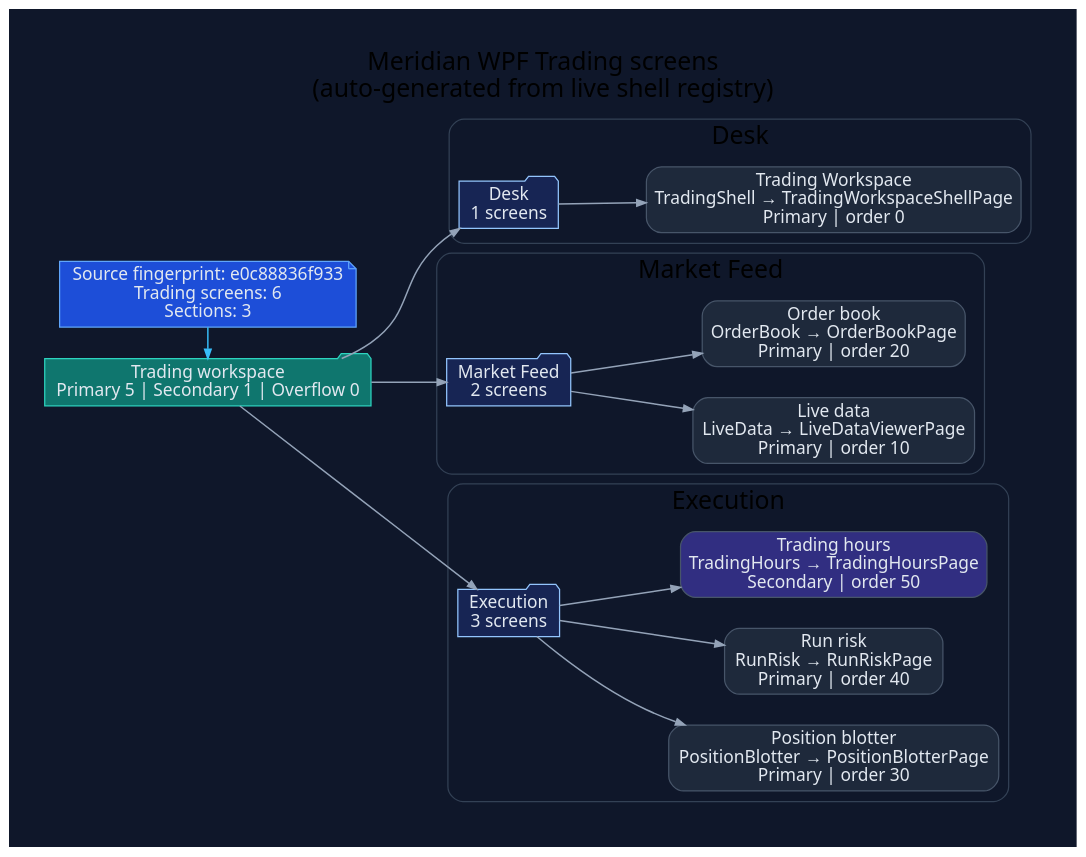
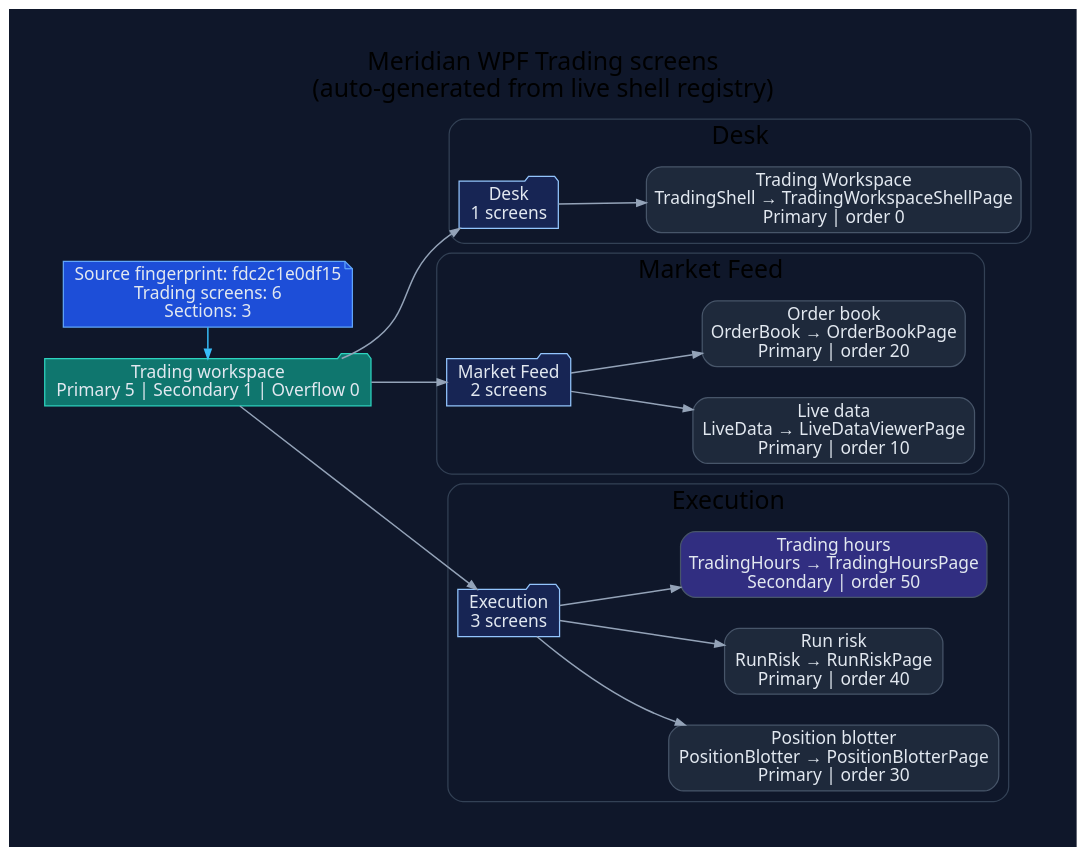
Before and after one commit to rodoHasArrived/Meridian-main: the diagram in docs/diagrams/ui-wpf-screens-trading.dot, drawn with Graphviz. The commit also changed 187 other files, not shown here.

```diff
--- a/docs/diagrams/ui-wpf-screens-trading.dot
+++ b/docs/diagrams/ui-wpf-screens-trading.dot
@@ -1,62 +1,62 @@
 // -----------------------------------------------------------------------------
 // <auto-generated>
 // Generated by scripts/generate-diagrams.mjs.
 // Do not edit this file directly; update the WPF source files instead.
 // -----------------------------------------------------------------------------
 digraph WpfTradingScreens {
   graph [
     rankdir=LR,
     labelloc=t,
     label="Meridian WPF Trading screens\n(auto-generated from live shell registry)",
     fontname="Segoe UI",
     fontsize=20,
     pad=0.4,
     nodesep=0.35,
     ranksep=0.85,
     bgcolor="#0f172a"
   ];
   node [fontname="Segoe UI", shape=box, style="rounded,filled", color="#475569", fontcolor="#e2e8f0", fillcolor="#1e293b"];
   edge [fontname="Segoe UI", color="#94a3b8", penwidth=1.2, arrowsize=0.75];
 
-  generated [shape=note, fillcolor="#1d4ed8", color="#60a5fa", label="Source fingerprint: e0c88836f933\nTrading screens: 6\nSections: 3"];
+  generated [shape=note, fillcolor="#1d4ed8", color="#60a5fa", label="Source fingerprint: fdc2c1e0df15\nTrading screens: 6\nSections: 3"];
   workspace [shape=folder, fillcolor="#0f766e", color="#2dd4bf", label="Trading workspace\nPrimary 5 | Secondary 1 | Overflow 0"];
   generated -> workspace [color="#38bdf8"];
 
   subgraph cluster_section_1 {
     label="Desk";
     color="#334155";
     style="rounded";
     section_1 [shape=folder, fillcolor="#172554", color="#93c5fd", label="Desk\n1 screens"];
     workspace -> section_1;
     screen_TradingShell [fillcolor="#1e293b", label="Trading Workspace\nTradingShell → TradingWorkspaceShellPage\nPrimary | order 0"];
     section_1 -> screen_TradingShell;
   }
 
   subgraph cluster_section_2 {
     label="Market Feed";
     color="#334155";
     style="rounded";
     section_2 [shape=folder, fillcolor="#172554", color="#93c5fd", label="Market Feed\n2 screens"];
     workspace -> section_2;
     screen_LiveData [fillcolor="#1e293b", label="Live data\nLiveData → LiveDataViewerPage\nPrimary | order 10"];
     section_2 -> screen_LiveData;
     screen_OrderBook [fillcolor="#1e293b", label="Order book\nOrderBook → OrderBookPage\nPrimary | order 20"];
     section_2 -> screen_OrderBook;
   }
 
   subgraph cluster_section_3 {
     label="Execution";
     color="#334155";
     style="rounded";
     section_3 [shape=folder, fillcolor="#172554", color="#93c5fd", label="Execution\n3 screens"];
     workspace -> section_3;
     screen_PositionBlotter [fillcolor="#1e293b", label="Position blotter\nPositionBlotter → PositionBlotterPage\nPrimary | order 30"];
     section_3 -> screen_PositionBlotter;
     screen_RunRisk [fillcolor="#1e293b", label="Run risk\nRunRisk → RunRiskPage\nPrimary | order 40"];
     section_3 -> screen_RunRisk;
     screen_TradingHours [fillcolor="#312e81", label="Trading hours\nTradingHours → TradingHoursPage\nSecondary | order 50"];
     section_3 -> screen_TradingHours;
   }
 
   { rank=min; generated; workspace; }
 }
```
